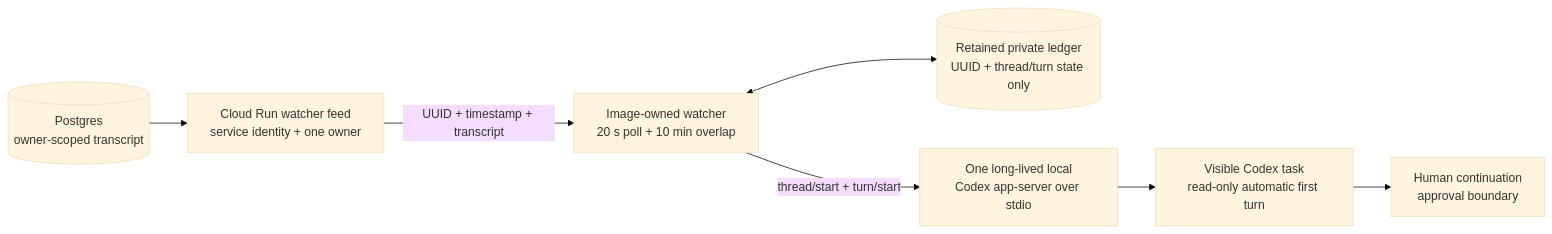
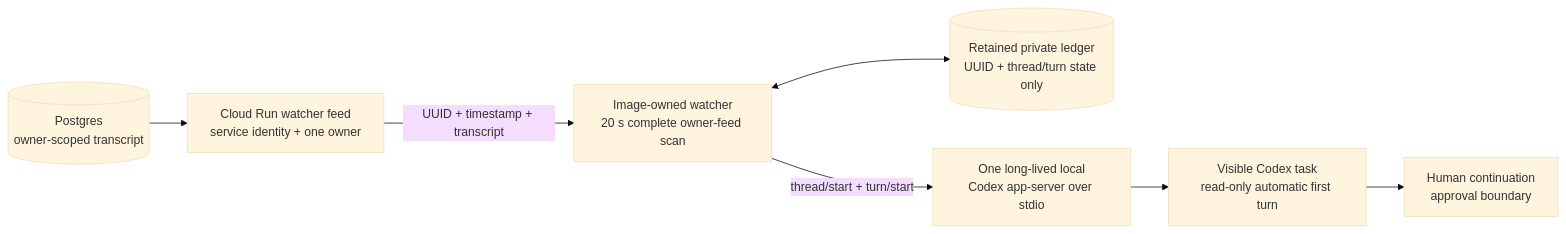
The first of 2 diagrams in docs/architecture/2_AGENT_ARCHITECTURE.md (FrankLong1/watch-recorder), drawn with Mermaid (base theme) before and after one commit. The commit also changed other lines of this file and 6 other files, not shown here.

````diff
--- a/docs/architecture/2_AGENT_ARCHITECTURE.md
+++ b/docs/architecture/2_AGENT_ARCHITECTURE.md
@@ -14,14 +14,14 @@
 ```mermaid
 flowchart LR
     DB[("Postgres\nowner-scoped transcript")]
     FEED["Cloud Run watcher feed\nservice identity + one owner"]
-    POLL["Image-owned watcher\n20 s poll + 10 min overlap"]
+    POLL["Image-owned watcher\n20 s complete owner-feed scan"]
     LEDGER[("Retained private ledger\nUUID + thread/turn state only")]
     APP["One long-lived local\nCodex app-server over stdio"]
     TASK["Visible Codex task\nread-only automatic first turn"]
     HUMAN["Human continuation\napproval boundary"]
 
     DB --> FEED -->|"UUID + timestamp + transcript"| POLL
     POLL <--> LEDGER
     POLL -->|"thread/start + turn/start"| APP --> TASK --> HUMAN
 ```
````
